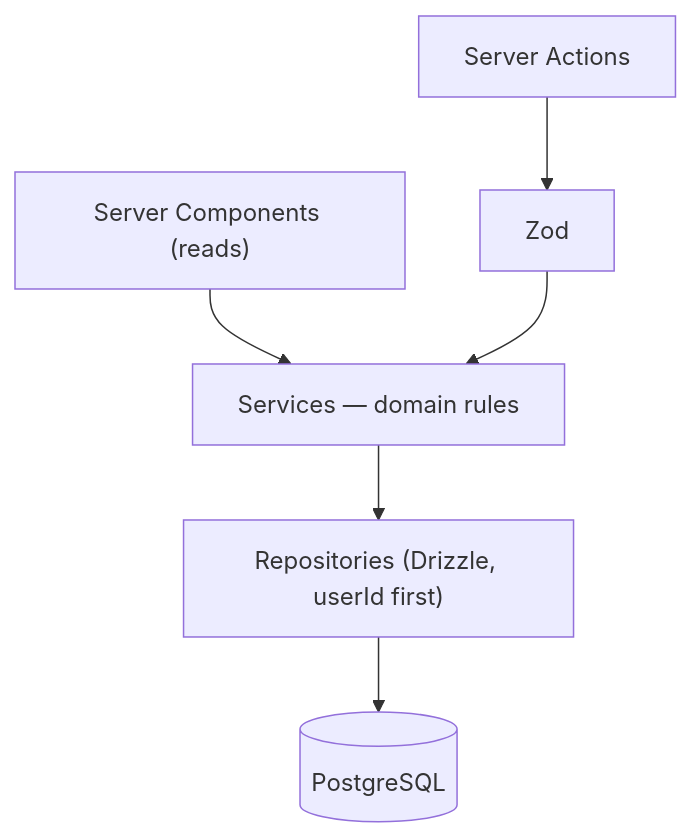
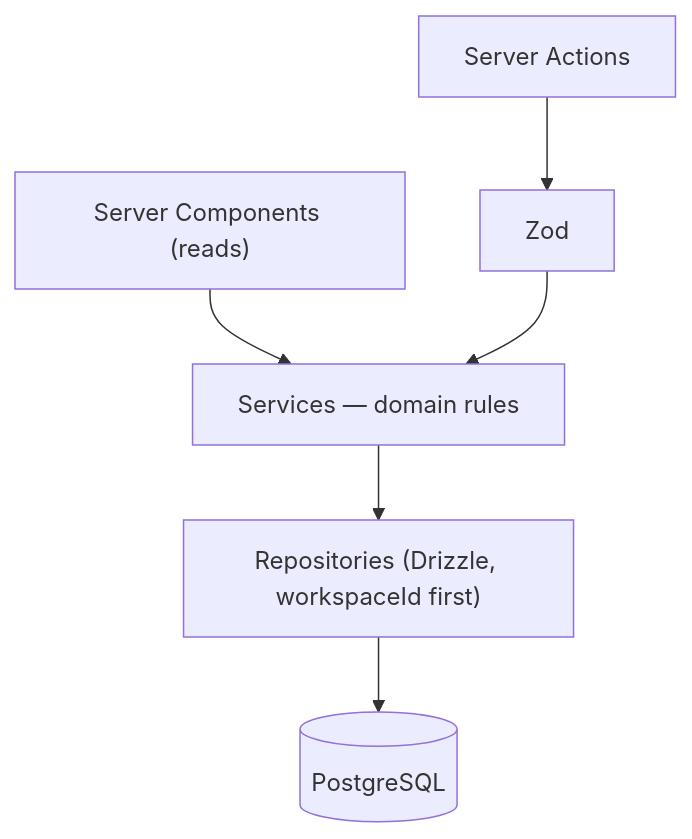
Before and after one commit to jsoladur/monthly-expenses: the second of 2 diagrams in README.md, drawn with Mermaid. The commit also changed other lines of this file and 8 other files, not shown here.

````diff
--- a/README.md
+++ b/README.md
@@ -178,8 +192,8 @@
 ```mermaid
 flowchart TD
     RSC["Server Components (reads)"] --> SVC
     ACT["Server Actions"] --> ZOD["Zod"]
     ZOD --> SVC["Services — domain rules"]
-    SVC --> REPO["Repositories (Drizzle, userId first)"]
+    SVC --> REPO["Repositories (Drizzle, workspaceId first)"]
     REPO --> DB[("PostgreSQL")]
 ```
````
